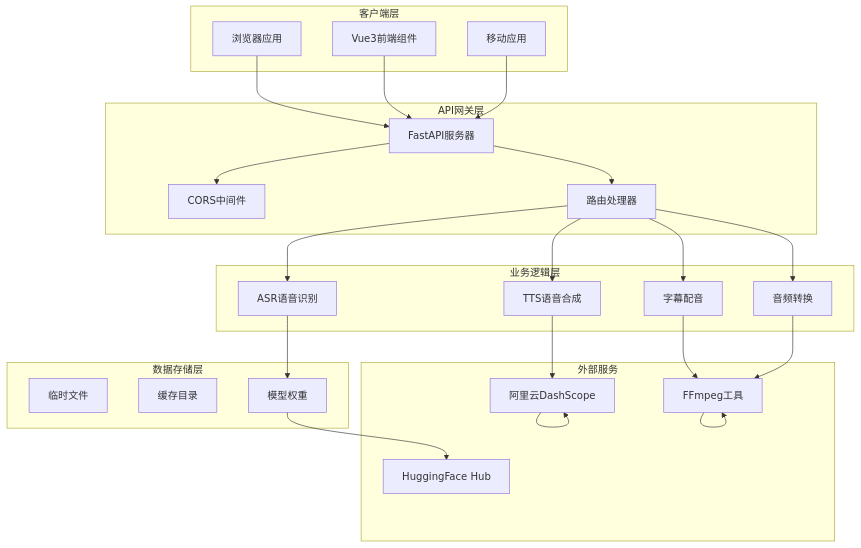
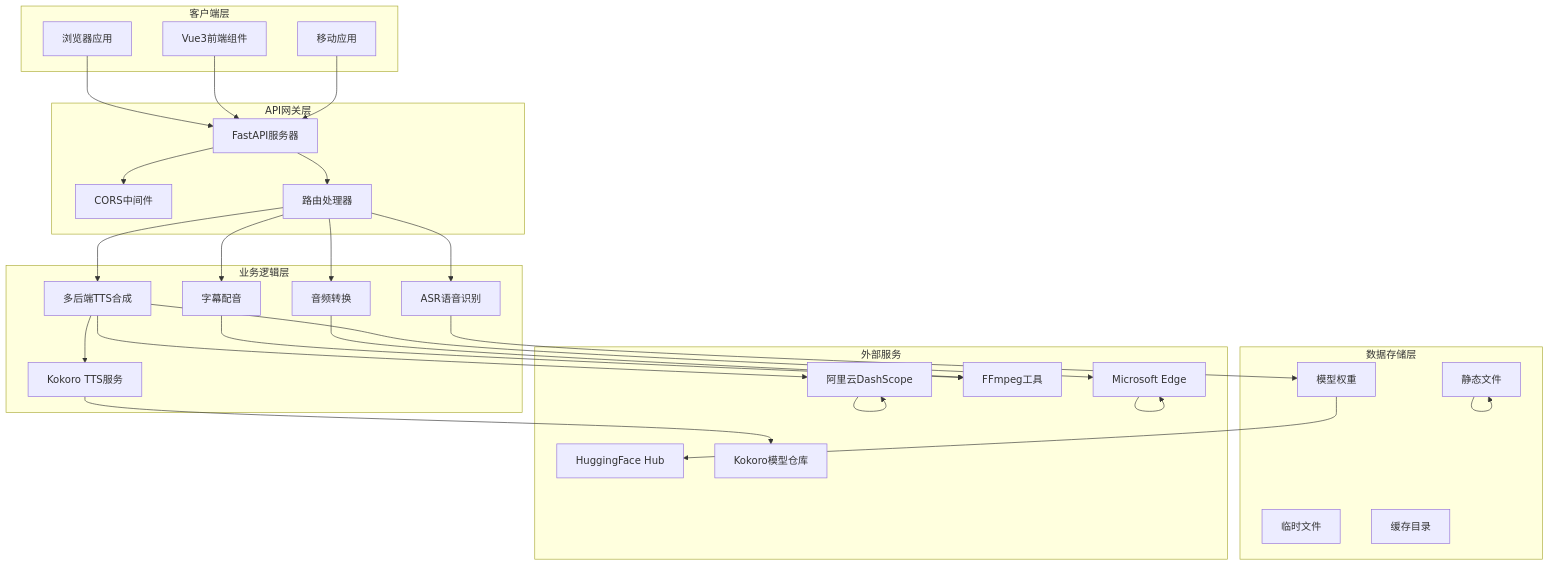
The second of 12 diagrams in .qoder/repowiki/zh/content/后端服务架构/后端服务架构.md (1024dashen/Vue3Speech), drawn with Mermaid before and after one commit. The commit also changed other lines of this file and 9 other files, not shown here.

````diff
--- a/.qoder/repowiki/zh/content/后端服务架构/后端服务架构.md
+++ b/.qoder/repowiki/zh/content/后端服务架构/后端服务架构.md
@@ -105,45 +133,53 @@
 ```mermaid
 graph TB
 subgraph "客户端层"
 A[浏览器应用]
 B[Vue3前端组件]
 C[移动应用]
 end
 subgraph "API网关层"
 D[FastAPI服务器]
 E[CORS中间件]
 F[路由处理器]
 end
 subgraph "业务逻辑层"
 G[ASR语音识别]
-H[TTS语音合成]
+H[多后端TTS合成]
 I[字幕配音]
 J[音频转换]
+K[Kokoro TTS服务]
 end
 subgraph "数据存储层"
-K[临时文件]
-L[缓存目录]
-M[模型权重]
+L[临时文件]
+M[缓存目录]
+N[模型权重]
+O[静态文件]
 end
 subgraph "外部服务"
-N[阿里云DashScope]
-O[HuggingFace Hub]
-P[FFmpeg工具]
+P[阿里云DashScope]
+Q[HuggingFace Hub]
+R[FFmpeg工具]
+S[Microsoft Edge]
+T[Kokoro模型仓库]
 end
 A --> D
 B --> D
 C --> D
 D --> E
 D --> F
 F --> G
 F --> H
 F --> I
 F --> J
-G --> M
-H --> N
-I --> P
-J --> P
-M --> O
-N --> N
+G --> N
+H --> P
+H --> S
+H --> K
+I --> R
+J --> R
+N --> Q
+K --> T
 P --> P
+S --> S
+O --> O
 ```
````
